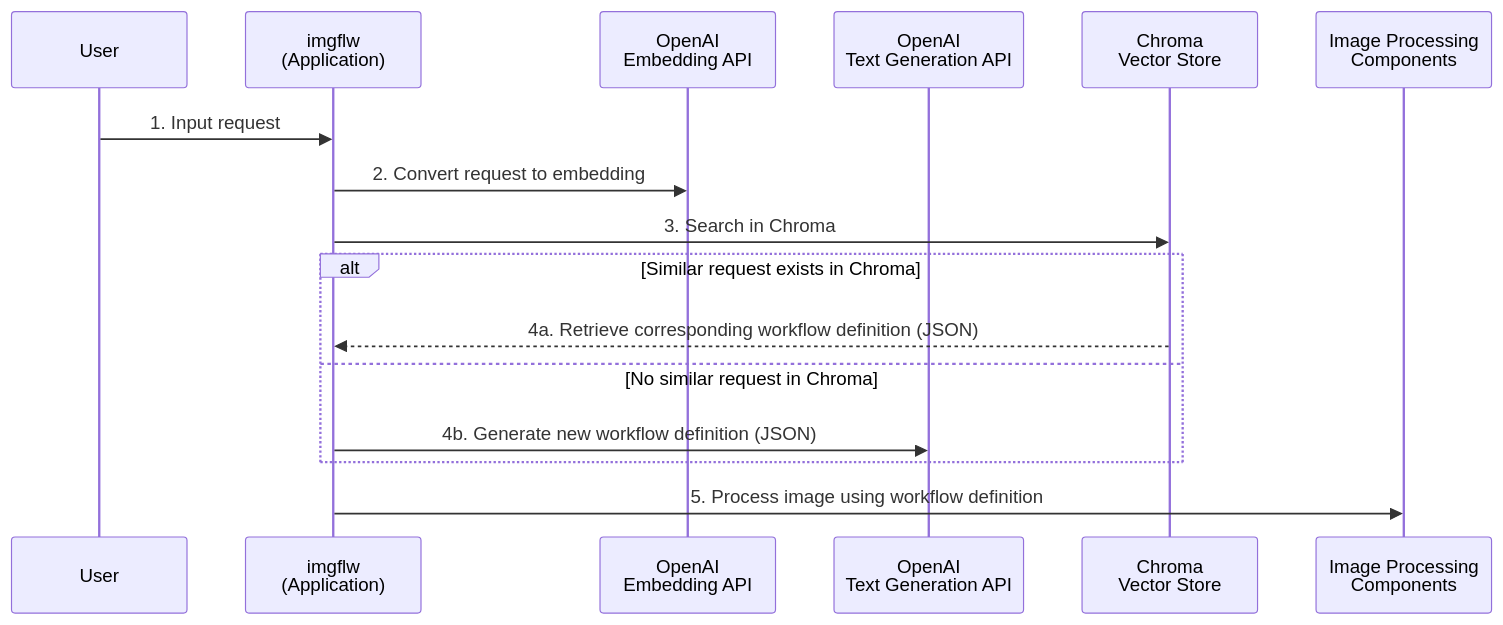
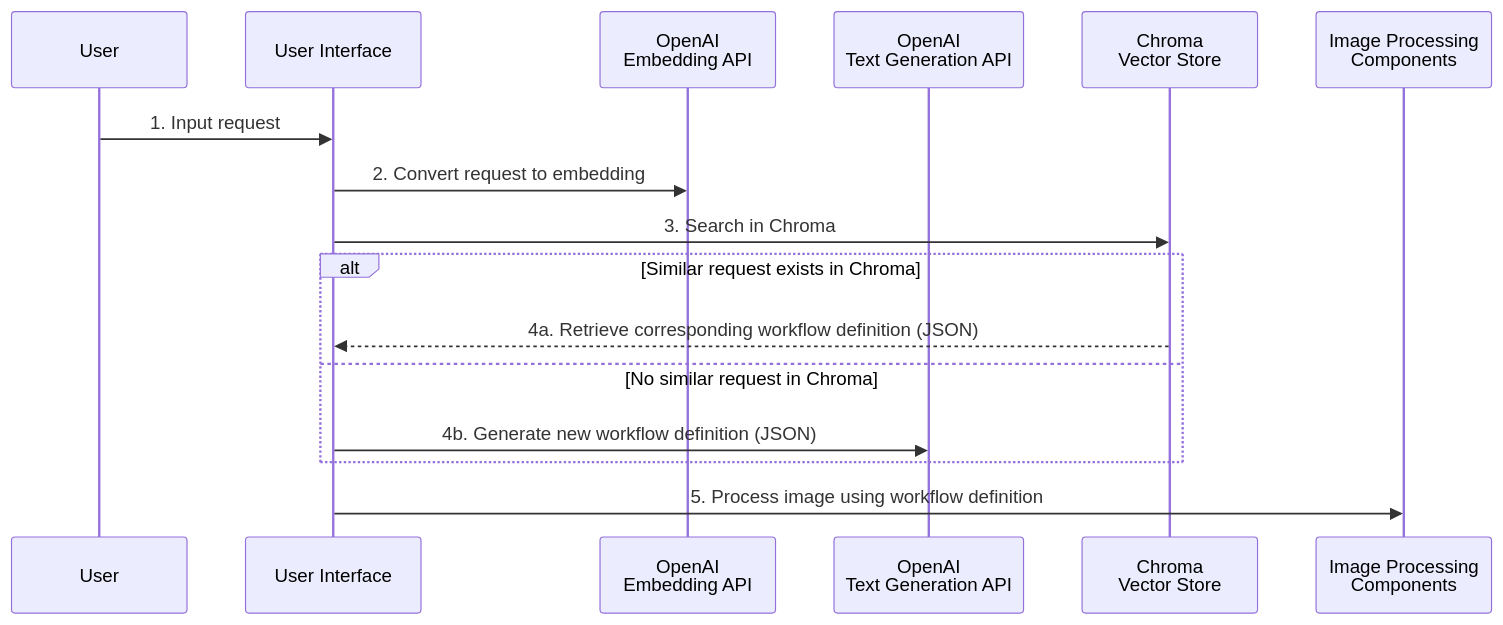
One commit to ototadana/imgflw changed the diagram in README.md. Above: the diagram before and after it, drawn with Mermaid. The commit also changed other lines of this file and 1 other file, not shown here.

````diff
--- a/README.md
+++ b/README.md
@@ -7,19 +7,19 @@
 ```mermaid
 sequenceDiagram
     participant User
-    participant imgflw as imgflw<br/>(Application)
+    participant imgflw as User Interface
     participant OpenAI_Embed as OpenAI<br/>Embedding API
     participant OpenAI_TextGen as OpenAI<br/>Text Generation API
     participant Chroma as Chroma<br/>Vector Store
     participant FaceEditor as Image Processing<br/>Components
 
     User->>imgflw: 1. Input request
     imgflw->>OpenAI_Embed: 2. Convert request to embedding
     imgflw->>Chroma: 3. Search in Chroma
     alt Similar request exists in Chroma
         Chroma-->>imgflw: 4a. Retrieve corresponding workflow definition (JSON)
     else No similar request in Chroma
         imgflw->>OpenAI_TextGen: 4b. Generate new workflow definition (JSON)
     end
     imgflw->>FaceEditor: 5. Process image using workflow definition
 ```
````
